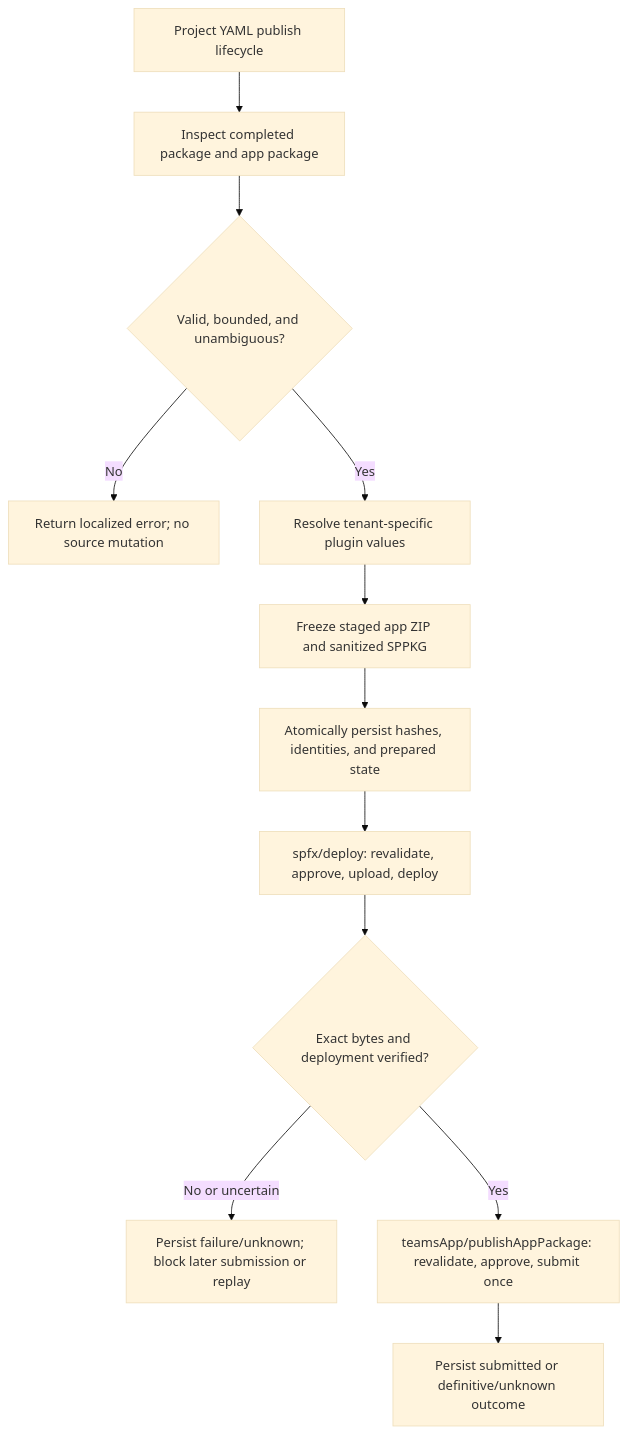
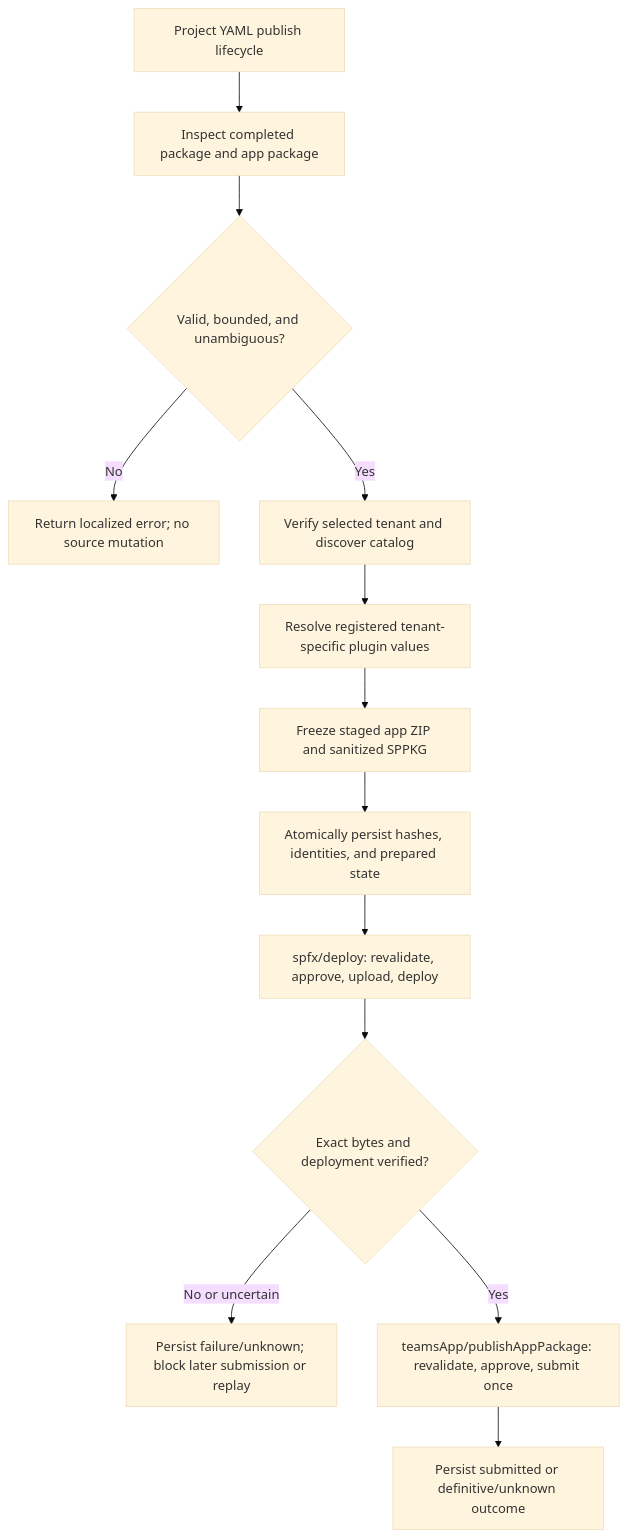
The diagram in docs/03-specs/operations/lifecycle/prepare-spfx-publication.md (OfficeDev/microsoft-365-agents-toolkit), drawn with Mermaid (base theme) before and after one commit. The commit also changed other lines of this file and 14 other files, not shown here.

````diff
--- a/docs/03-specs/operations/lifecycle/prepare-spfx-publication.md
+++ b/docs/03-specs/operations/lifecycle/prepare-spfx-publication.md
@@ -44,14 +48,15 @@
 ```mermaid
 flowchart TD
   Input[Project YAML publish lifecycle] --> Prepare[Inspect completed package and app package]
   Prepare --> Bounds{Valid, bounded, and unambiguous?}
   Bounds -->|No| Fail[Return localized error; no source mutation]
-  Bounds -->|Yes| Resolve[Resolve tenant-specific plugin values]
+  Bounds -->|Yes| Discover[Verify selected tenant and discover catalog]
+  Discover --> Resolve[Resolve registered tenant-specific plugin values]
   Resolve --> Stage[Freeze staged app ZIP and sanitized SPPKG]
   Stage --> Journal[Atomically persist hashes, identities, and prepared state]
   Journal --> Deploy[spfx/deploy: revalidate, approve, upload, deploy]
   Deploy --> Verify{Exact bytes and deployment verified?}
   Verify -->|No or uncertain| Hold[Persist failure/unknown; block later submission or replay]
   Verify -->|Yes| Submit[teamsApp/publishAppPackage: revalidate, approve, submit once]
   Submit --> Complete[Persist submitted or definitive/unknown outcome]
 ```
````
